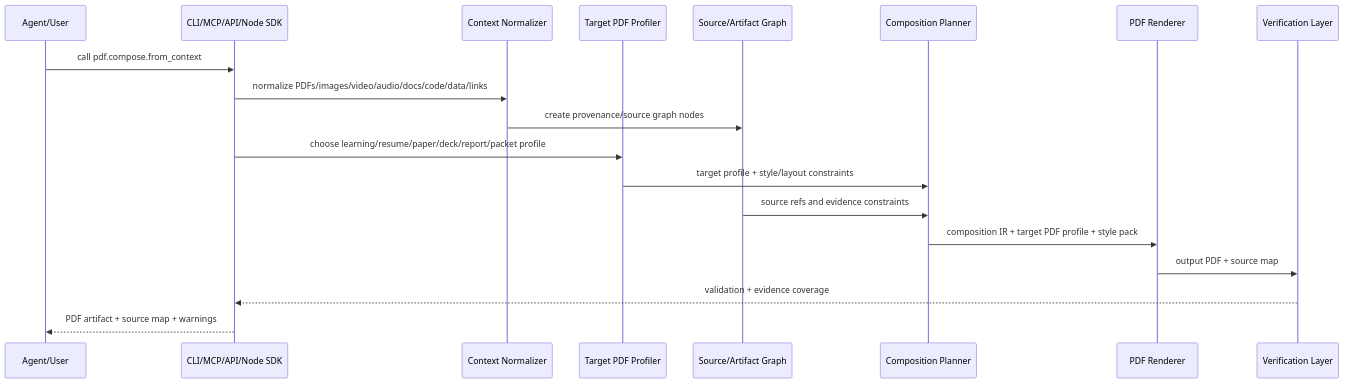
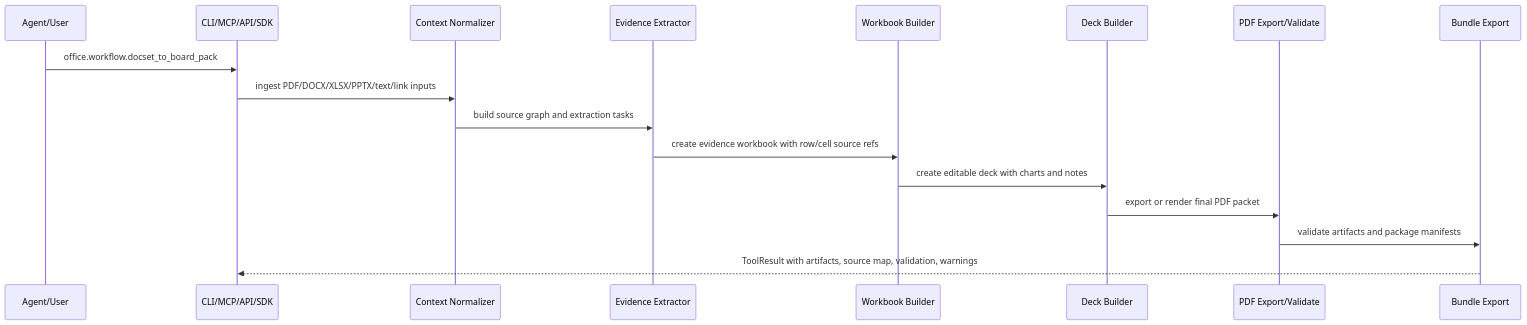
One commit to tover0314-w/OKoffice changed the second of 3 diagrams in docs/03_ARCHITECTURE.md. Above: the diagram before and after it, drawn with Mermaid. The commit also changed other lines of this file and 67 other files, not shown here.

````diff
--- a/docs/03_ARCHITECTURE.md
+++ b/docs/03_ARCHITECTURE.md
@@ -62,22 +89,20 @@
 ```mermaid
 sequenceDiagram
   participant User as Agent/User
-  participant API as CLI/MCP/API/Node SDK
+  participant API as CLI/MCP/API/SDK
   participant Context as Context Normalizer
-  participant Target as Target PDF Profiler
-  participant Graph as Source/Artifact Graph
-  participant Compose as Composition Planner
-  participant Render as PDF Renderer
-  participant Verify as Verification Layer
+  participant Evidence as Evidence Extractor
+  participant Sheet as Workbook Builder
+  participant Deck as Deck Builder
+  participant PDF as PDF Export/Validate
+  participant Bundle as Bundle Export
 
-  User->>API: call pdf.compose.from_context
-  API->>Context: normalize PDFs/images/video/audio/docs/code/data/links
-  Context->>Graph: create provenance/source graph nodes
-  API->>Target: choose learning/resume/paper/deck/report/packet profile
-  Target->>Compose: target profile + style/layout constraints
-  Graph->>Compose: source refs and evidence constraints
-  Compose->>Render: composition IR + target PDF profile + style pack
-  Render->>Verify: output PDF + source map
-  Verify-->>API: validation + evidence coverage
-  API-->>User: PDF artifact + source map + warnings
+  User->>API: office.workflow.docset_to_board_pack
+  API->>Context: ingest PDF/DOCX/XLSX/PPTX/text/link inputs
+  Context->>Evidence: build source graph and extraction tasks
+  Evidence->>Sheet: create evidence workbook with row/cell source refs
+  Sheet->>Deck: create editable deck with charts and notes
+  Deck->>PDF: export or render final PDF packet
+  PDF->>Bundle: validate artifacts and package manifests
+  Bundle-->>API: ToolResult with artifacts, source map, validation, warnings
 ```
````
